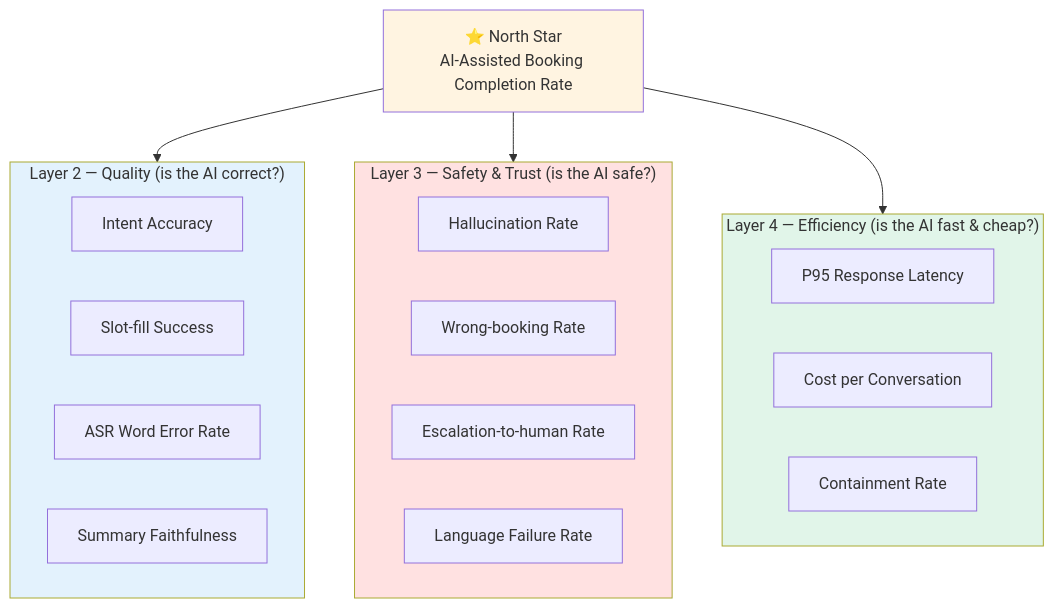
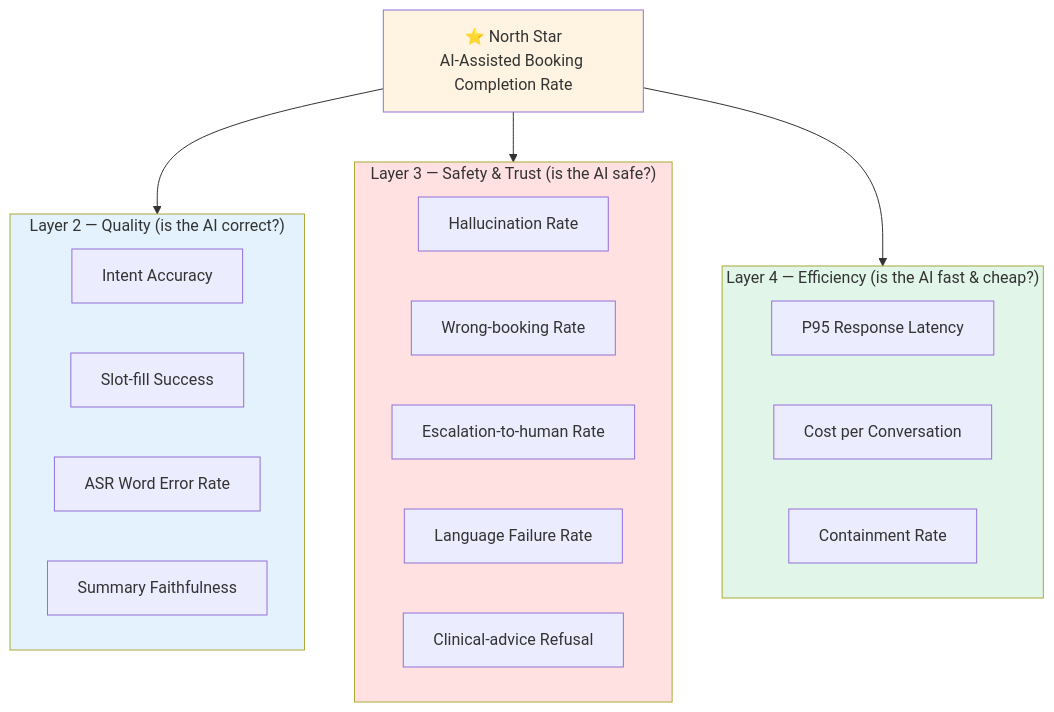
The first of 3 diagrams in PM_DOCS/AI_Product_Metrics.md (vatsla20/Dentist-AI-Docs), drawn with Mermaid before and after one commit. The commit also changed other lines of this file and 3 other files, not shown here.

````diff
--- a/PM_DOCS/AI_Product_Metrics.md
+++ b/PM_DOCS/AI_Product_Metrics.md
@@ -31,33 +31,34 @@
 ```mermaid
 flowchart TB
     NS["⭐ North Star<br/>AI-Assisted Booking Completion Rate"]
 
     subgraph L2["Layer 2 — Quality (is the AI correct?)"]
         Q1[Intent Accuracy]
         Q2[Slot-fill Success]
         Q3[ASR Word Error Rate]
         Q4[Summary Faithfulness]
     end
 
     subgraph L3["Layer 3 — Safety & Trust (is the AI safe?)"]
         S1[Hallucination Rate]
         S2[Wrong-booking Rate]
         S3[Escalation-to-human Rate]
         S4[Language Failure Rate]
+        S5[Clinical-advice Refusal]
     end
 
     subgraph L4["Layer 4 — Efficiency (is the AI fast & cheap?)"]
         E1[P95 Response Latency]
         E2[Cost per Conversation]
         E3[Containment Rate]
     end
 
     NS --> L2
     NS --> L3
     NS --> L4
 
     style NS fill:#fff4e1
     style L2 fill:#e3f2fd
     style L3 fill:#ffe1e1
     style L4 fill:#e1f5e9
 ```
````
